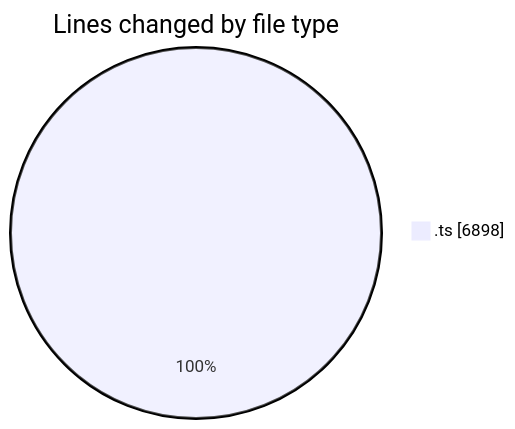
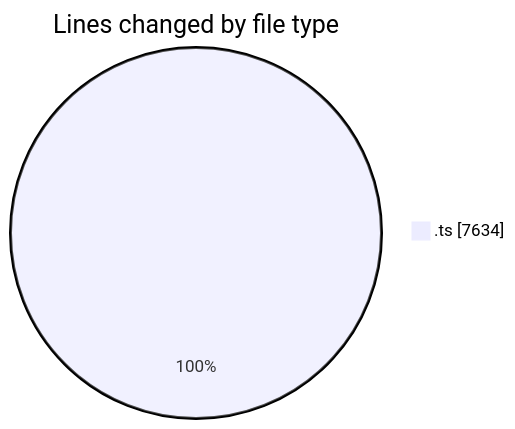
The first of 2 diagrams in 2025-10-23/cda/README.md (momahboobian/code-tracking), drawn with Mermaid before and after one commit. The commit also changed other lines of this file and 1 other file, not shown here.

````diff
--- a/2025-10-23/cda/README.md
+++ b/2025-10-23/cda/README.md
@@ -25,5 +26,5 @@
 ```mermaid
 pie showData
 title Lines changed by file type
-".ts" : 6898
+".ts" : 7634
 ```
````
